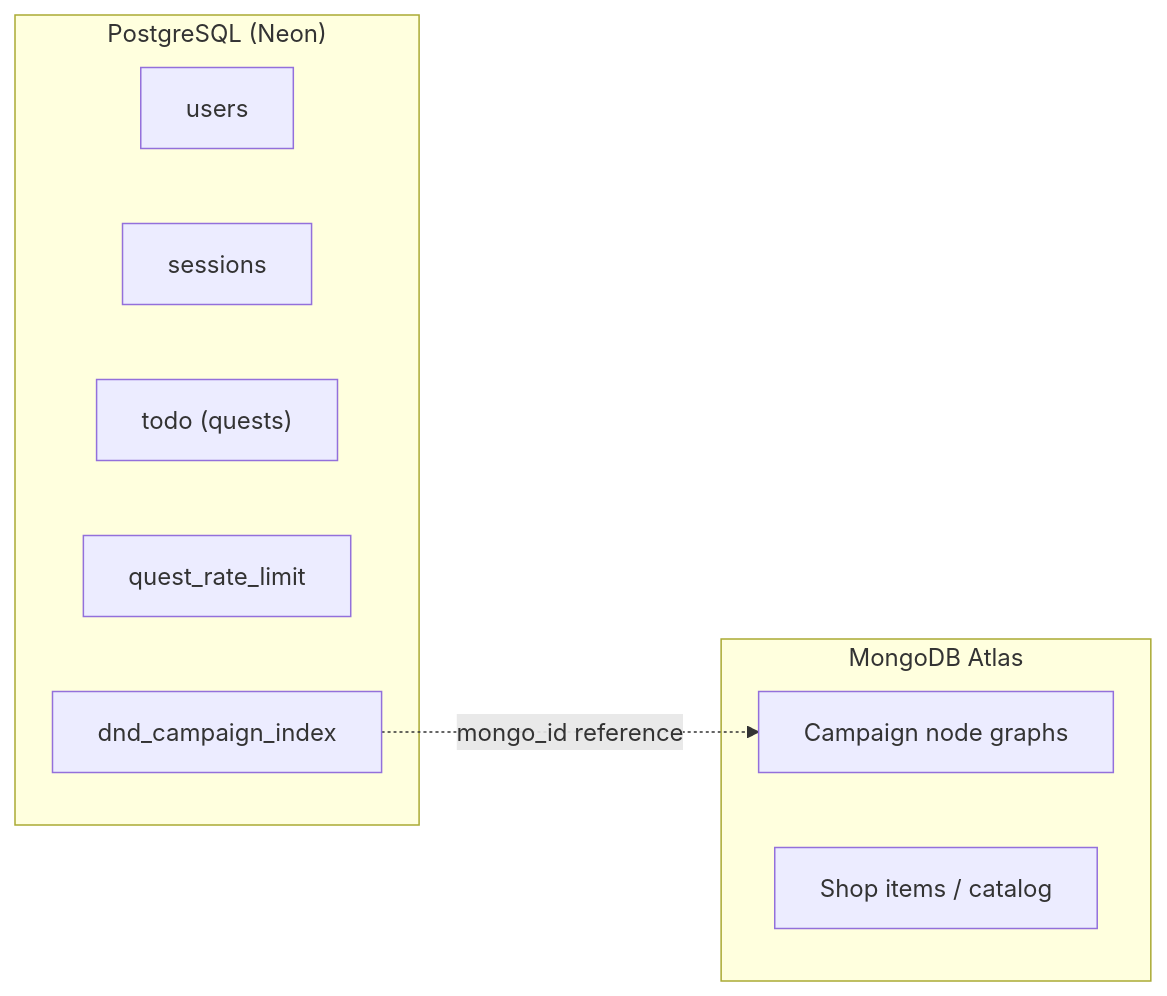
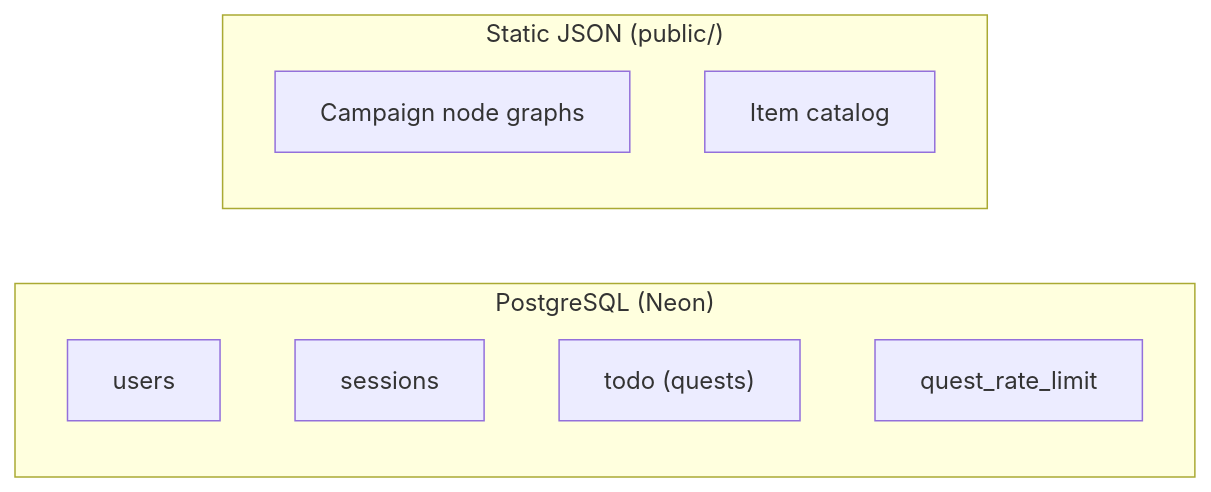
One commit to ThreeFrogs511/questmaker2 changed the diagram in README.md. Above: the diagram before and after it, drawn with Mermaid. The commit also changed other lines of this file and 1 other file, not shown here.

````diff
--- a/README.md
+++ b/README.md
@@ -37,17 +36,14 @@
 ```mermaid
 flowchart LR
     subgraph PostgreSQL["PostgreSQL (Neon)"]
         users["users"]
         sessions["sessions"]
         todo["todo (quests)"]
         rate_limit["quest_rate_limit"]
-        campaign_index["dnd_campaign_index"]
     end
 
-    subgraph MongoDB["MongoDB Atlas"]
+    subgraph Static["Static JSON (public/)"]
         campaigns["Campaign node graphs"]
-        store_items["Shop items / catalog"]
+        items["Item catalog"]
     end
-
-    campaign_index -.->|mongo_id reference| campaigns
 ```
````
